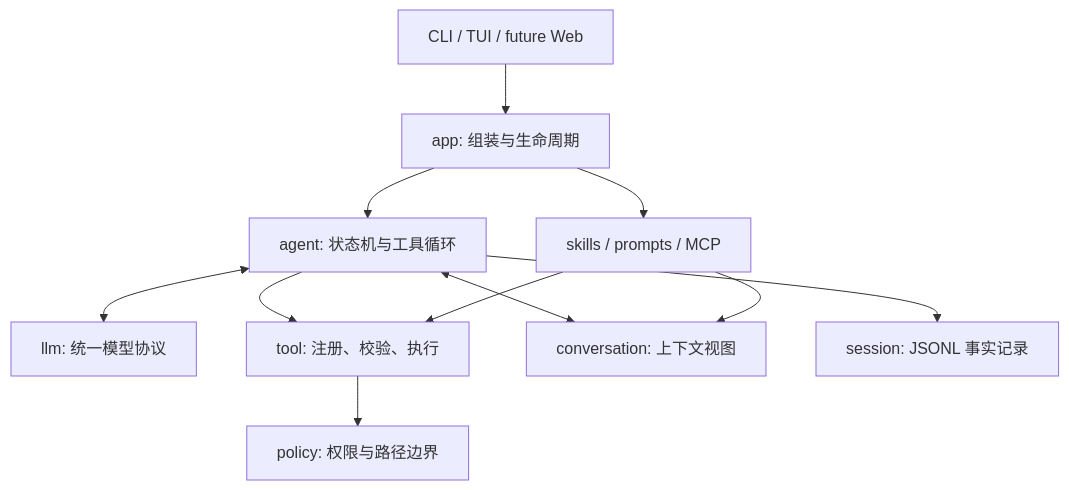
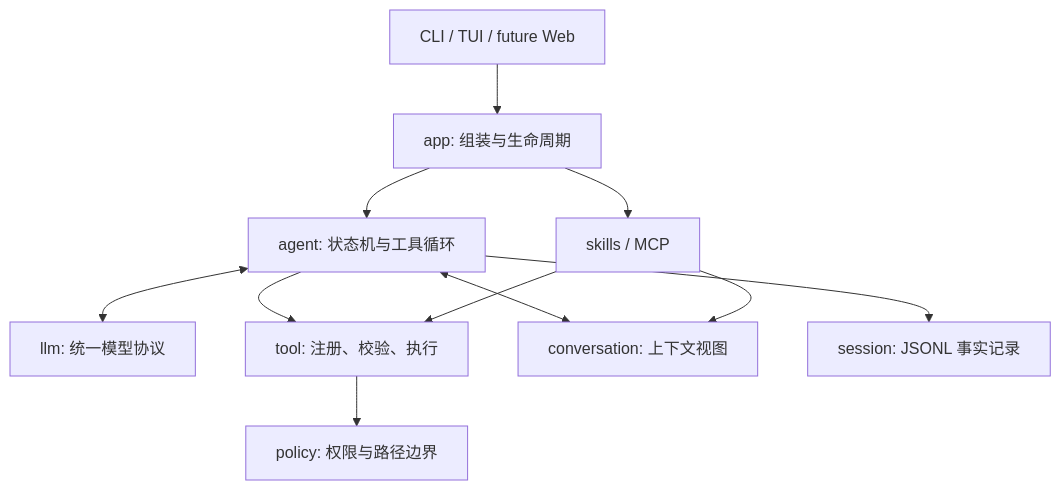
Before and after one commit to IsLand1314/Drift: the diagram in doc/architecture.md, drawn with Mermaid. The commit also changed other lines of this file, not shown here.

Commit message:
文档：统一 M2 Skills 目录设计

````diff
--- a/doc/architecture.md
+++ b/doc/architecture.md
@@ -34,13 +34,13 @@
 ```mermaid
 flowchart TB
     UI[CLI / TUI / future Web] --> APP[app: 组装与生命周期]
     APP --> AGENT[agent: 状态机与工具循环]
     AGENT <--> LLM[llm: 统一模型协议]
     AGENT --> TOOL[tool: 注册、校验、执行]
     TOOL --> POLICY[policy: 权限与路径边界]
     AGENT <--> CONV[conversation: 上下文视图]
     AGENT --> SESSION[session: JSONL 事实记录]
-    APP --> RESOURCE[skills / prompts / MCP]
+    APP --> RESOURCE[skills / MCP]
     RESOURCE --> TOOL
     RESOURCE --> CONV
 ```
````
